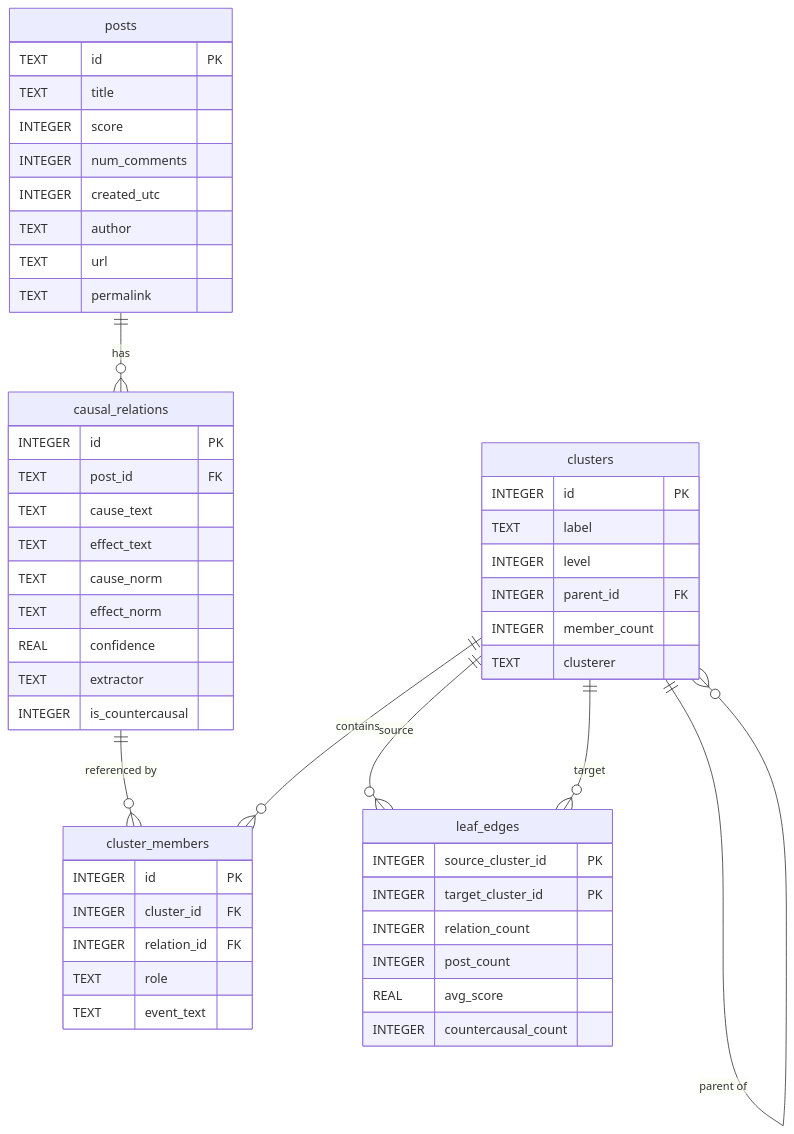
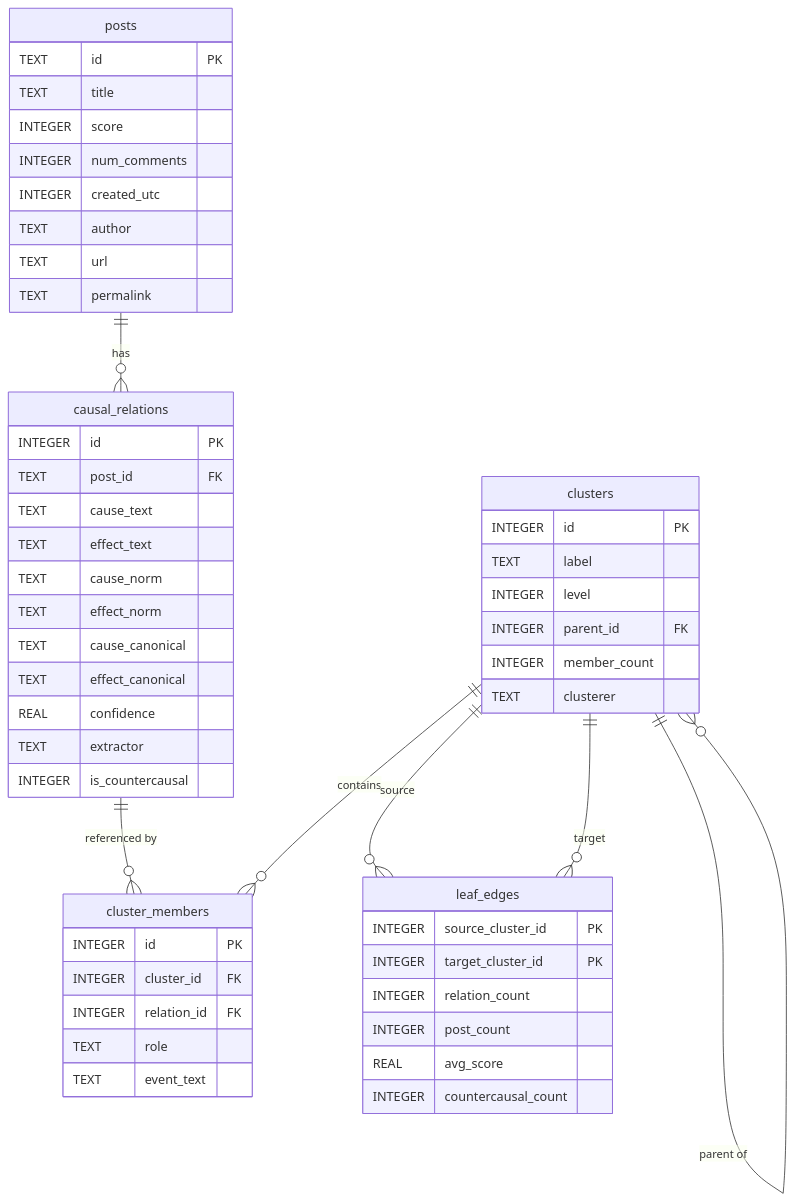
The third of 7 diagrams in docs/architecture.md (TheMrSheldon/causalgraph), drawn with Mermaid before and after one commit. The commit also changed other lines of this file and 8 other files, not shown here.

````diff
--- a/docs/architecture.md
+++ b/docs/architecture.md
@@ -93,58 +98,60 @@
 ```mermaid
 erDiagram
     posts {
         TEXT id PK
         TEXT title
         INTEGER score
         INTEGER num_comments
         INTEGER created_utc
         TEXT author
         TEXT url
         TEXT permalink
     }
 
     causal_relations {
         INTEGER id PK
         TEXT post_id FK
         TEXT cause_text
         TEXT effect_text
         TEXT cause_norm
         TEXT effect_norm
+        TEXT cause_canonical
+        TEXT effect_canonical
         REAL confidence
         TEXT extractor
         INTEGER is_countercausal
     }
 
     clusters {
         INTEGER id PK
         TEXT label
         INTEGER level
         INTEGER parent_id FK
         INTEGER member_count
         TEXT clusterer
     }
 
     cluster_members {
         INTEGER id PK
         INTEGER cluster_id FK
         INTEGER relation_id FK
         TEXT role
         TEXT event_text
     }
 
     leaf_edges {
         INTEGER source_cluster_id PK
         INTEGER target_cluster_id PK
         INTEGER relation_count
         INTEGER post_count
         REAL avg_score
         INTEGER countercausal_count
     }
 
     posts ||--o{ causal_relations : "has"
     causal_relations ||--o{ cluster_members : "referenced by"
     clusters ||--o{ cluster_members : "contains"
     clusters ||--o{ clusters : "parent of"
     clusters ||--o{ leaf_edges : "source"
     clusters ||--o{ leaf_edges : "target"
 ```
````
